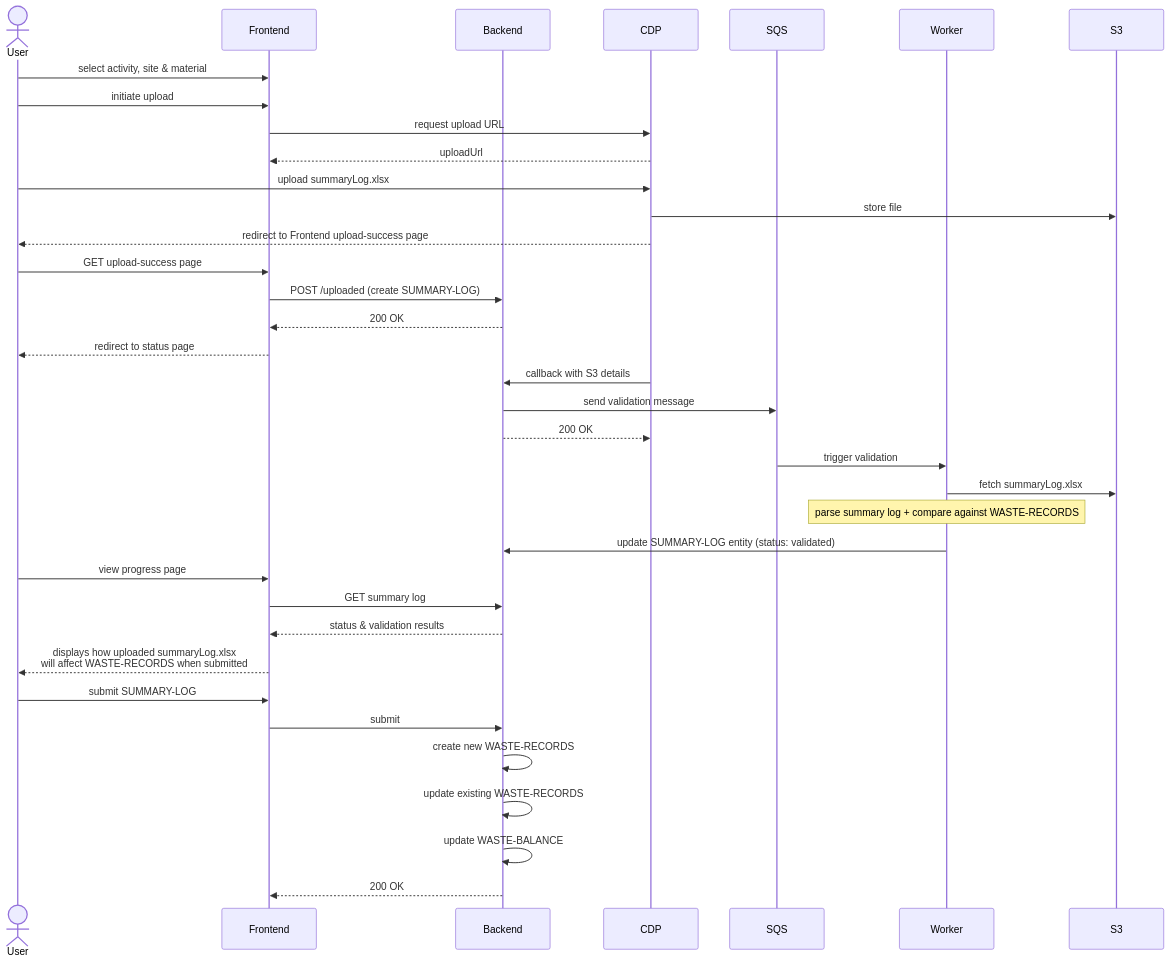
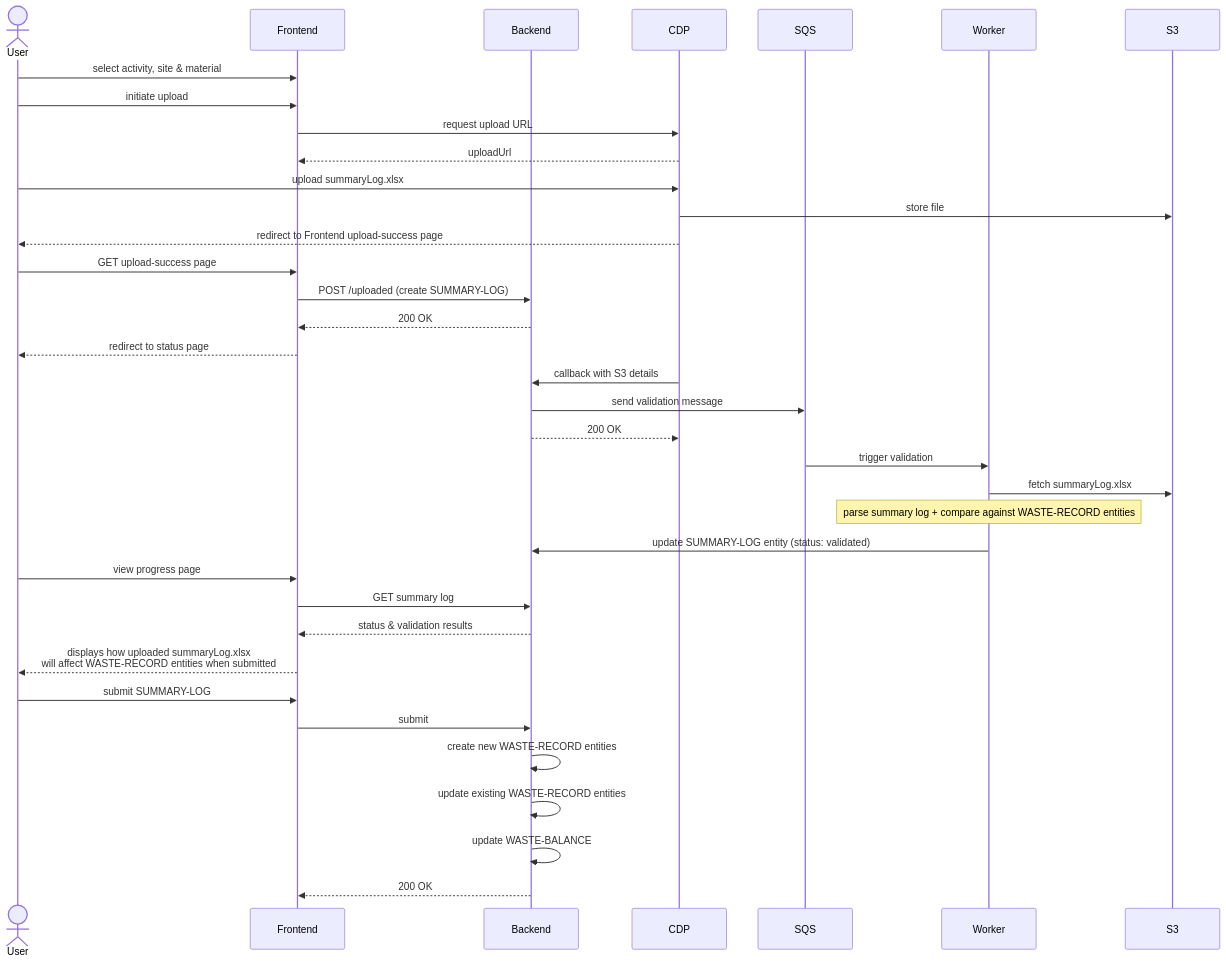
The tenth of 10 diagrams in docs/architecture/defined/pepr-hld.md (DEFRA/epr-re-ex-service), drawn with Mermaid before and after one commit. The commit also changed 1 other file, not shown here.

Commit message:
Correct waste-record provenance in defined docs
The waste-records collection has been dropped in every environment, so
the version chain it carried no longer answers what a submission
contributed for a row. Per-row provenance now comes from the summary log
row states collection, where each row state carries the summaryLogIds of
every submission that produced it.

The HLD's summary log sequence diagram named WASTE-RECORDS, which read as
the dropped collection rather than the domain entity the diagram's ER
model defines. It now uses the entity name, matching how the same diagram
already refers to the SUMMARY-LOG entity.

Claude-Session: https://claude.ai/code/session_01Jg8ZUUEuXag7znZfMbHoPN

````diff
--- a/docs/architecture/defined/pepr-hld.md
+++ b/docs/architecture/defined/pepr-hld.md
@@ -465,39 +465,39 @@
 ```mermaid
 sequenceDiagram
     actor User
     participant Frontend
     participant Backend
     participant CDP
     participant SQS
     participant Worker
     participant S3
 
     User->>Frontend: select activity, site & material
     User->>Frontend: initiate upload
     Frontend->>CDP: request upload URL
     CDP-->>Frontend: uploadUrl
     User->>CDP: upload summaryLog.xlsx
     CDP->>S3: store file
     CDP-->>User: redirect to Frontend upload-success page
     User->>Frontend: GET upload-success page
     Frontend->>Backend: POST /uploaded (create SUMMARY-LOG)
     Backend-->>Frontend: 200 OK
     Frontend-->>User: redirect to status page
     CDP->>Backend: callback with S3 details
     Backend->>SQS: send validation message
     Backend-->>CDP: 200 OK
     SQS->>Worker: trigger validation
     Worker->>S3: fetch summaryLog.xlsx
-    Note over Worker: parse summary log + compare against WASTE-RECORDS
+    Note over Worker: parse summary log + compare against WASTE-RECORD entities
     Worker->>Backend: update SUMMARY-LOG entity (status: validated)
     User->>Frontend: view progress page
     Frontend->>Backend: GET summary log
     Backend-->>Frontend: status & validation results
-    Frontend-->>User: displays how uploaded summaryLog.xlsx<br> will affect WASTE-RECORDS when submitted
+    Frontend-->>User: displays how uploaded summaryLog.xlsx<br> will affect WASTE-RECORD entities when submitted
     User->>Frontend: submit SUMMARY-LOG
     Frontend->>Backend: submit
-    Backend->>Backend: create new WASTE-RECORDS
-    Backend->>Backend: update existing WASTE-RECORDS
+    Backend->>Backend: create new WASTE-RECORD entities
+    Backend->>Backend: update existing WASTE-RECORD entities
     Backend->>Backend: update WASTE-BALANCE
     Backend-->>Frontend: 200 OK
 ```
````
